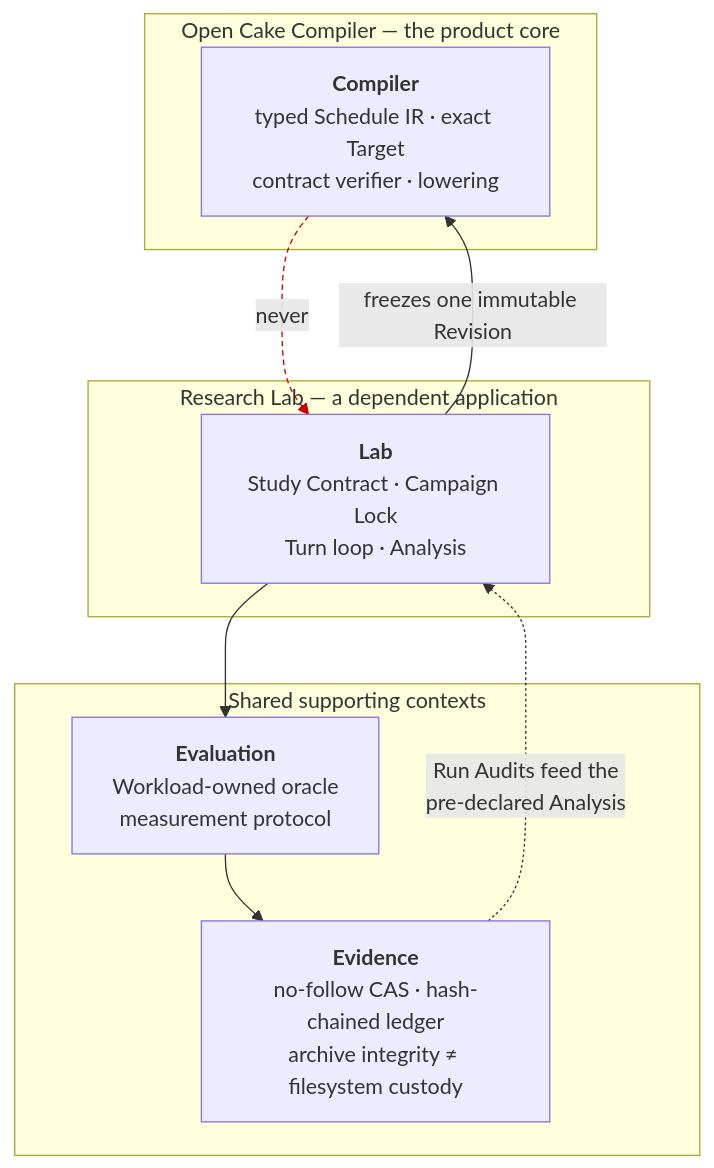
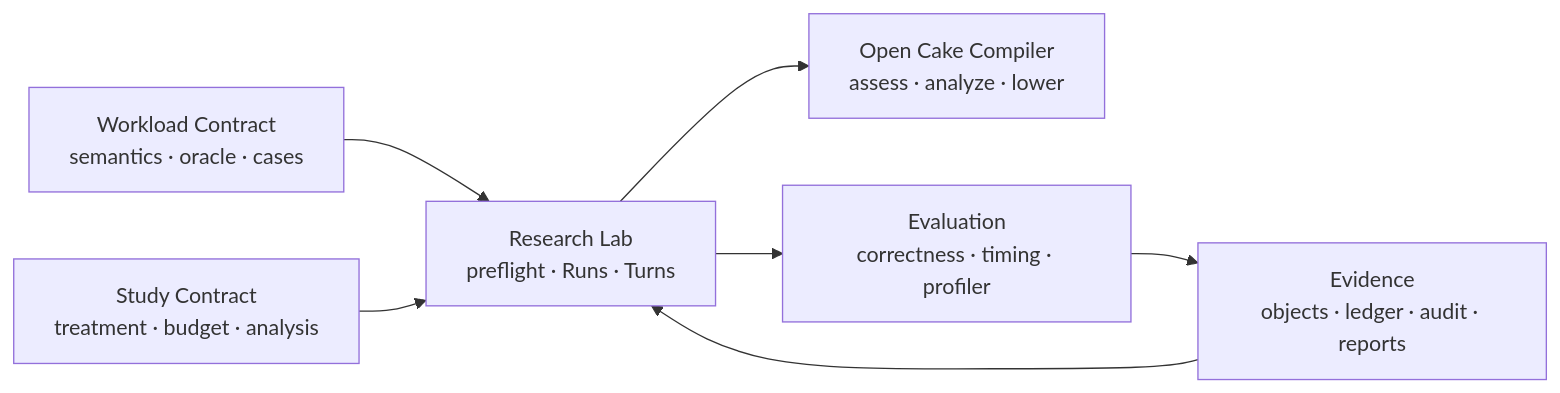
Before and after one commit to qhy991/open-cake-ir: the first of 4 diagrams in docs/ARCHITECTURE.md, drawn with Mermaid. The commit also changed other lines of this file and 55 other files, not shown here.

````diff
--- a/docs/ARCHITECTURE.md
+++ b/docs/ARCHITECTURE.md
@@ -20,23 +14,16 @@
 ```mermaid
-graph TD
-    subgraph product["Open Cake Compiler — the product core"]
-        C["<b>Compiler</b><br/>typed Schedule IR · exact Target<br/>contract verifier · lowering"]
-    end
+graph LR
+    W["Workload Contract<br/>semantics · oracle · cases"]
+    S["Study Contract<br/>treatment · budget · analysis"]
+    L["Research Lab<br/>preflight · Runs · Turns"]
+    C["Open Cake Compiler<br/>assess · analyze · lower"]
+    V["Evaluation<br/>correctness · timing · profiler"]
+    E["Evidence<br/>objects · ledger · audit · reports"]
 
-    subgraph app["Research Lab — a dependent application"]
-        L["<b>Lab</b><br/>Study Contract · Campaign Lock<br/>Turn loop · Analysis"]
-    end
-
-    subgraph shared["Shared supporting contexts"]
-        EV["<b>Evaluation</b><br/>Workload-owned oracle<br/>measurement protocol"]
-        ED["<b>Evidence</b><br/>no-follow CAS · hash-chained ledger<br/>archive integrity ≠ filesystem custody"]
-    end
-
-    L -->|"freezes one immutable Revision"| C
-    L --> EV
-    EV --> ED
-    ED -.->|"Run Audits feed the<br/>pre-declared Analysis"| L
-
-    C -.->|"never"| L
-    linkStyle 4 stroke:#c00,stroke-dasharray:4 3
+    W --> L
+    S --> L
+    L --> C
+    L --> V
+    V --> E
+    E --> L
 ```
````
